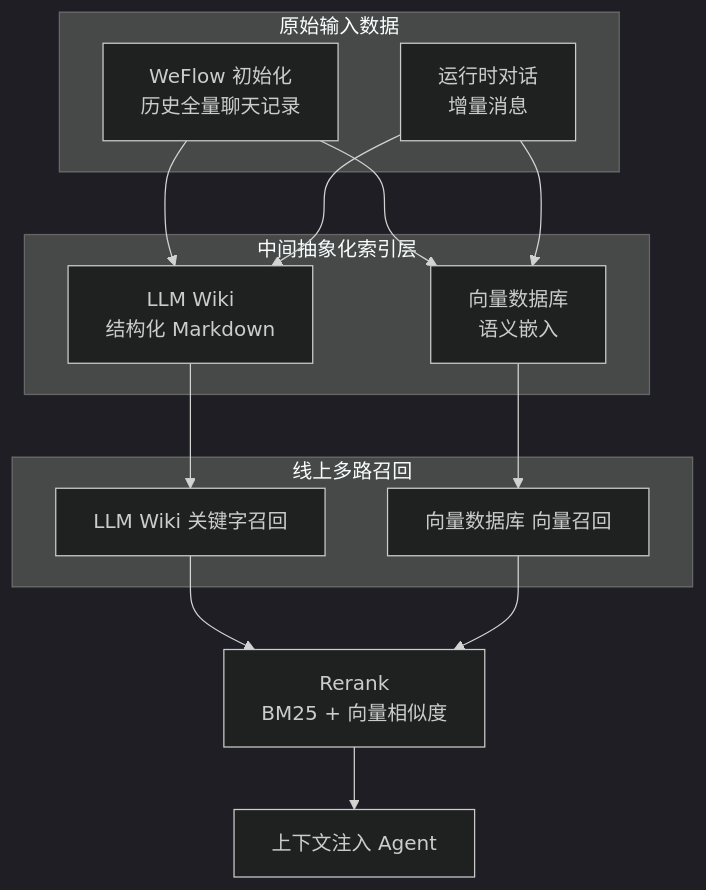
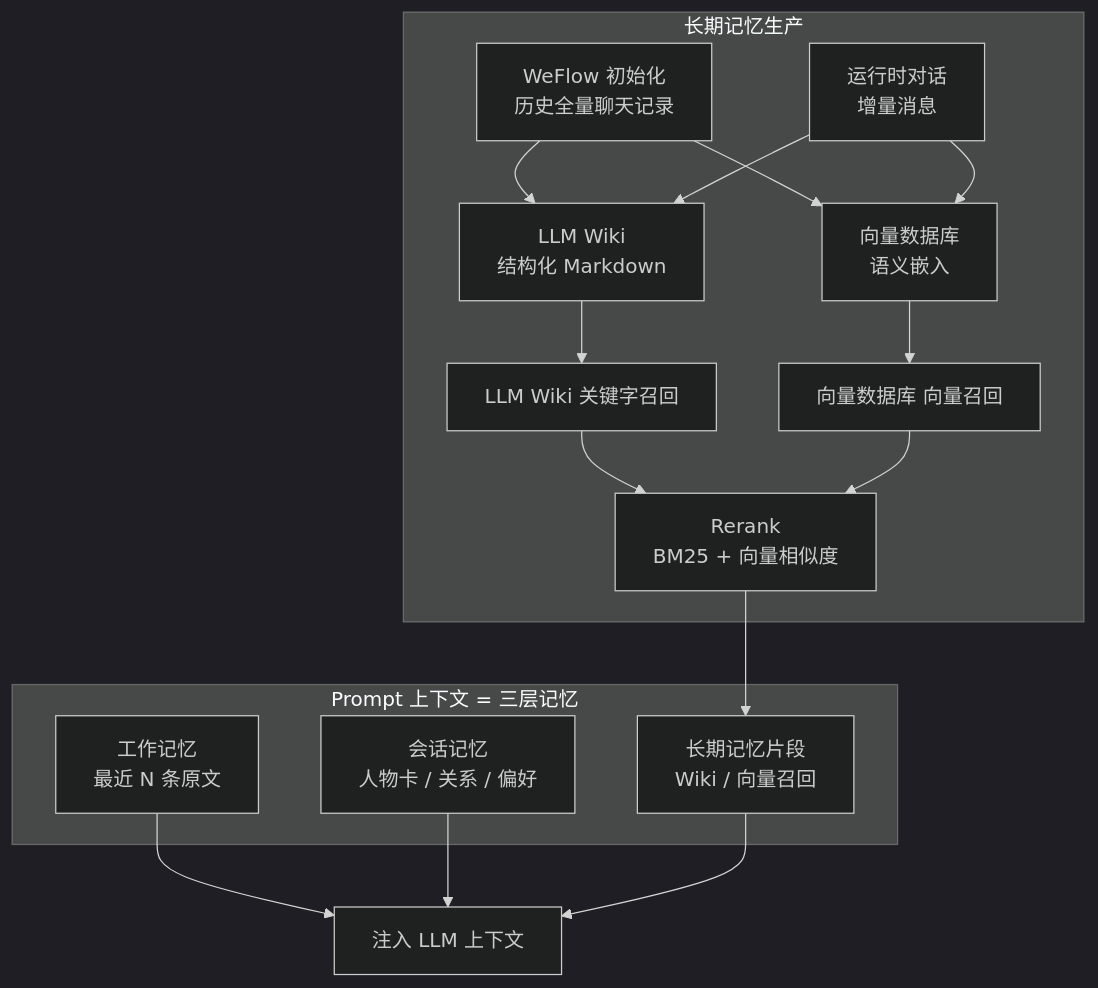
Before and after one commit to 899ms/wechat-mac-rpa: the fourth of 6 diagrams in README.md, drawn with Mermaid (dark theme). The commit also changed other lines of this file, not shown here.

````diff
--- a/README.md
+++ b/README.md
@@ -122,29 +152,32 @@
 ```mermaid
 graph TB
-    subgraph Raw["原始输入数据"]
+    subgraph Prompt["Prompt 上下文 = 三层记忆"]
+        WM[工作记忆<br/>最近 N 条原文]
+        SM[会话记忆<br/>人物卡 / 关系 / 偏好]
+        LM[长期记忆片段<br/>Wiki / 向量召回]
+    end
+
+    WM --> Context[注入 LLM 上下文]
+    SM --> Context
+    LM --> Context
+
+    subgraph LongTerm["长期记忆生产"]
         WeFlow["WeFlow 初始化<br/>历史全量聊天记录"]
         Runtime["运行时对话<br/>增量消息"]
-    end
-
-    subgraph Index["中间抽象化索引层"]
         Wiki["LLM Wiki<br/>结构化 Markdown"]
         VectorDB["向量数据库<br/>语义嵌入"]
-    end
-
-    subgraph Online["线上多路召回"]
         KeywordRecall["LLM Wiki 关键字召回"]
         VectorRecall["向量数据库 向量召回"]
+        Rerank["Rerank<br/>BM25 + 向量相似度"]
     end
 
     WeFlow --> Wiki
     WeFlow --> VectorDB
     Runtime --> Wiki
     Runtime --> VectorDB
-
     Wiki --> KeywordRecall
     VectorDB --> VectorRecall
-
-    KeywordRecall --> Rerank["Rerank<br/>BM25 + 向量相似度"]
+    KeywordRecall --> Rerank
     VectorRecall --> Rerank
-    Rerank --> Context["上下文注入 Agent"]
+    Rerank --> LM
 ```
````
